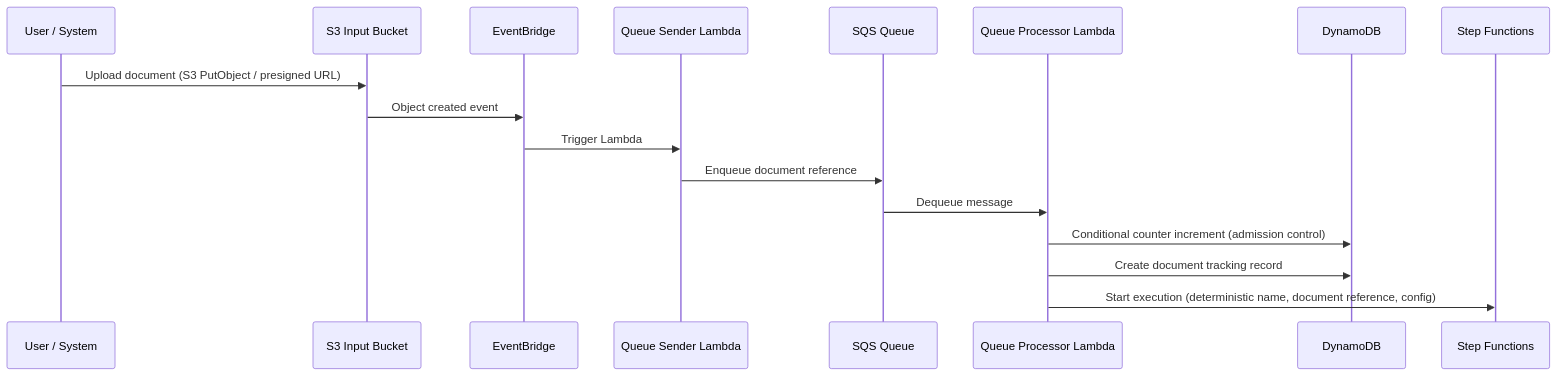
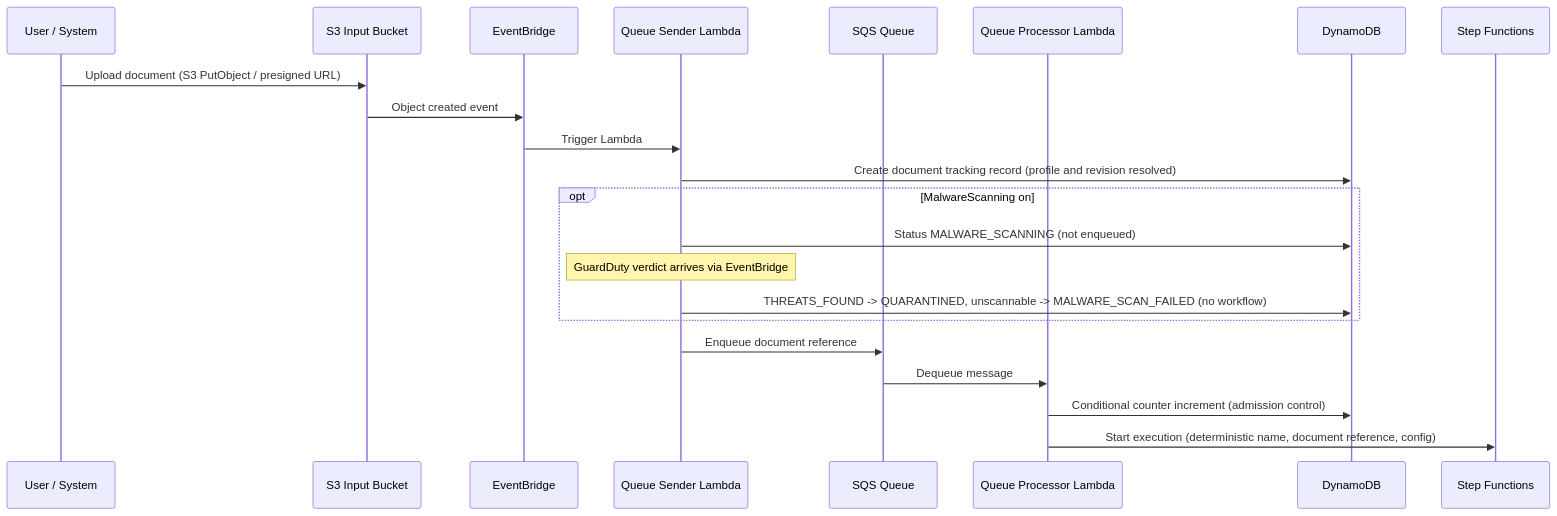
One commit to aws-solutions-library-samples/accelerated-intelligent-document-processing-on-aws changed the first of 23 diagrams in security/threat-modeling/architecture/data-flows.md. Above: the diagram before and after it, drawn with Mermaid. The commit also changed other lines of this file and 17 other files, not shown here.

````diff
--- a/security/threat-modeling/architecture/data-flows.md
+++ b/security/threat-modeling/architecture/data-flows.md
@@ -38,20 +35,25 @@
 ```mermaid
 sequenceDiagram
     participant User as User / System
     participant S3 as S3 Input Bucket
     participant EB as EventBridge
     participant QS as Queue Sender Lambda
     participant SQS as SQS Queue
     participant QP as Queue Processor Lambda
     participant DDB as DynamoDB
     participant SFN as Step Functions
 
     User->>S3: Upload document (S3 PutObject / presigned URL)
     S3->>EB: Object created event
     EB->>QS: Trigger Lambda
+    QS->>DDB: Create document tracking record (profile and revision resolved)
+    opt MalwareScanning on
+        QS->>DDB: Status MALWARE_SCANNING (not enqueued)
+        Note over QS: GuardDuty verdict arrives via EventBridge
+        QS->>DDB: THREATS_FOUND -> QUARANTINED, unscannable -> MALWARE_SCAN_FAILED (no workflow)
+    end
     QS->>SQS: Enqueue document reference
     SQS->>QP: Dequeue message
     QP->>DDB: Conditional counter increment (admission control)
-    QP->>DDB: Create document tracking record
     QP->>SFN: Start execution (deterministic name, document reference, config)
 ```
````
